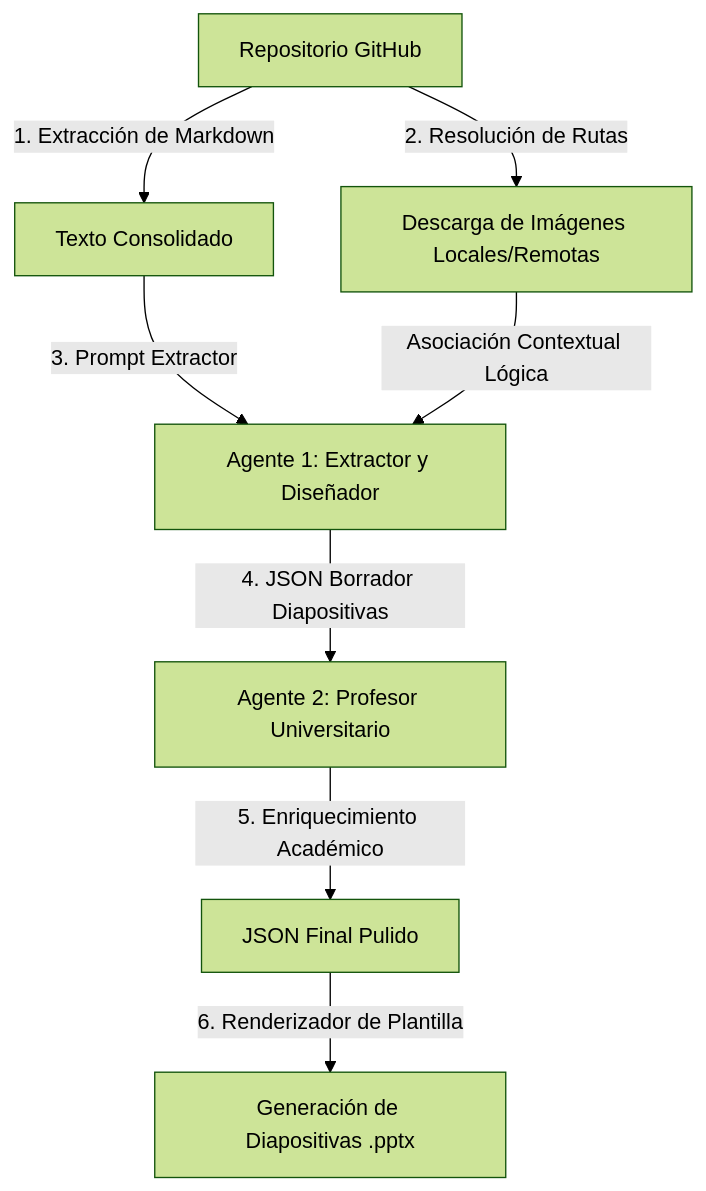
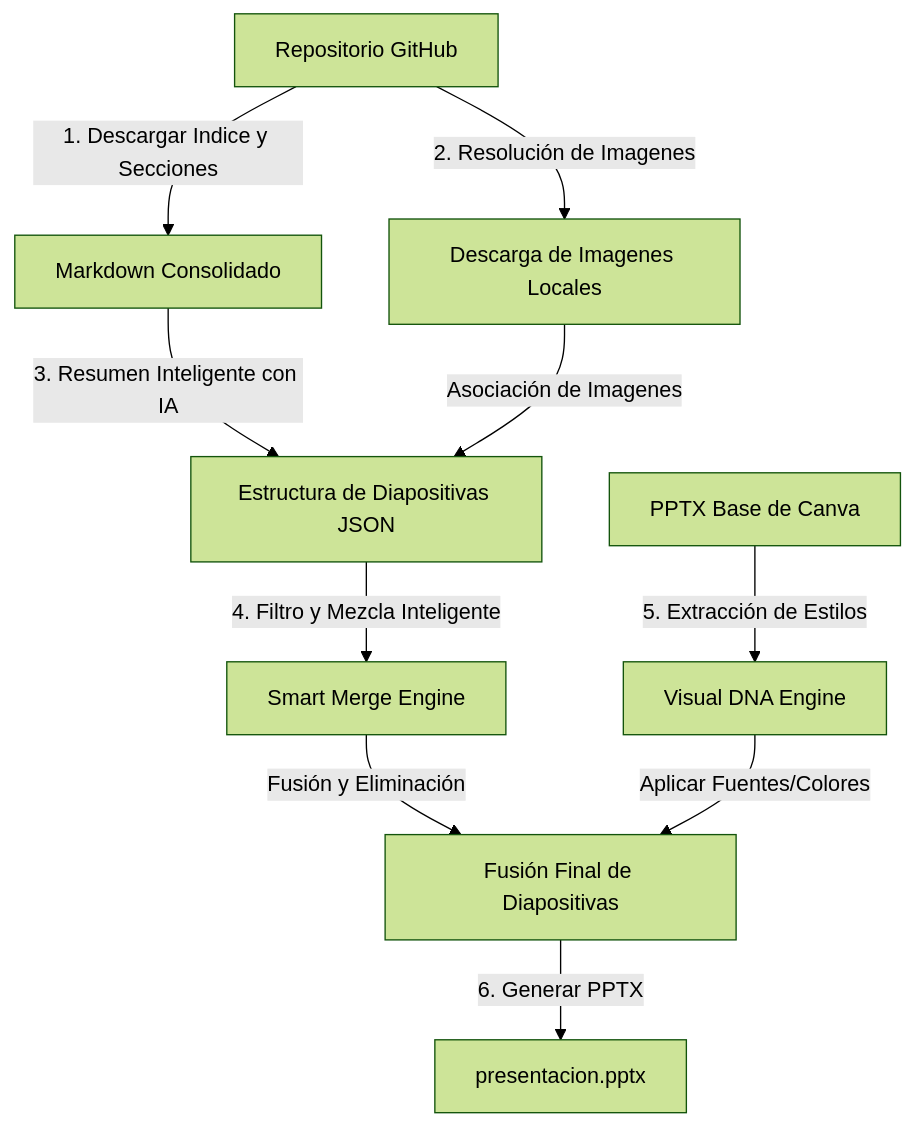
Before and after one commit to JulioXC4/markdown-to-pptx-automator: the diagram in README.md, drawn with Mermaid (forest theme). The commit also changed other lines of this file, not shown here.

Commit message:
feat: implement multi-language bridge between Node.js CLI and Python PPTX engine to support Canva template integration and dynamic visual styling.

````diff
--- a/README.md
+++ b/README.md
@@ -34,10 +36,12 @@
 ```mermaid
 graph TD
-    A[Repositorio GitHub] -->|1. Extracción de Markdown| B[Texto Consolidado]
-    A -->|2. Resolución de Rutas| C[Descarga de Imágenes Locales/Remotas]
-    B -->|3. Prompt Extractor| D[Agente 1: Extractor y Diseñador]
-    C -->|Asociación Contextual Lógica| D
-    D -->|4. JSON Borrador Diapositivas| E[Agente 2: Profesor Universitario]
-    E -->|5. Enriquecimiento Académico| F[JSON Final Pulido]
-    F -->|6. Renderizador de Plantilla| G[Generación de Diapositivas .pptx]
+    A[Repositorio GitHub] -->|1. Descargar Indice y Secciones| B[Markdown Consolidado]
+    A -->|2. Resolución de Imagenes| C[Descarga de Imagenes Locales]
+    B -->|3. Resumen Inteligente con IA| D[Estructura de Diapositivas JSON]
+    C -->|Asociación de Imagenes| D
+    D -->|4. Filtro y Mezcla Inteligente| E[Smart Merge Engine]
+    F[PPTX Base de Canva] -->|5. Extracción de Estilos| G[Visual DNA Engine]
+    E -->|Fusión y Eliminación| H[Fusión Final de Diapositivas]
+    G -->|Aplicar Fuentes/Colores| H
+    H -->|6. Generar PPTX| I[presentacion.pptx]
 ```
````
